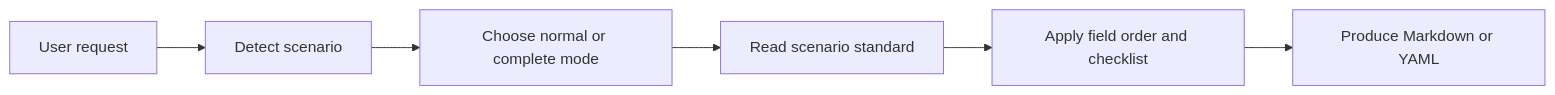
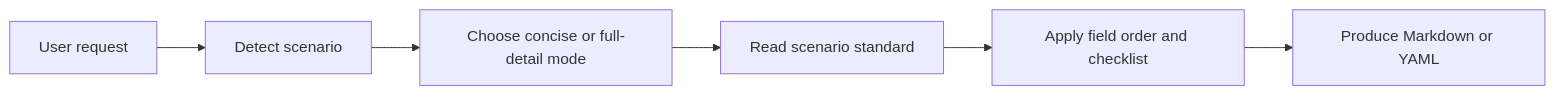
Before and after one commit to PINKIIILQWQ/oh-my-gh-writing: the diagram in README.en.md, drawn with Mermaid. The commit also changed other lines of this file and 40 other files, not shown here.

````diff
--- a/README.en.md
+++ b/README.en.md
@@ -119,8 +119,8 @@
 ```mermaid
 flowchart LR
   A["User request"] --> B["Detect scenario"]
-  B --> C["Choose normal or complete mode"]
+  B --> C["Choose concise or full-detail mode"]
   C --> D["Read scenario standard"]
   D --> E["Apply field order and checklist"]
   E --> F["Produce Markdown or YAML"]
 ```
````
